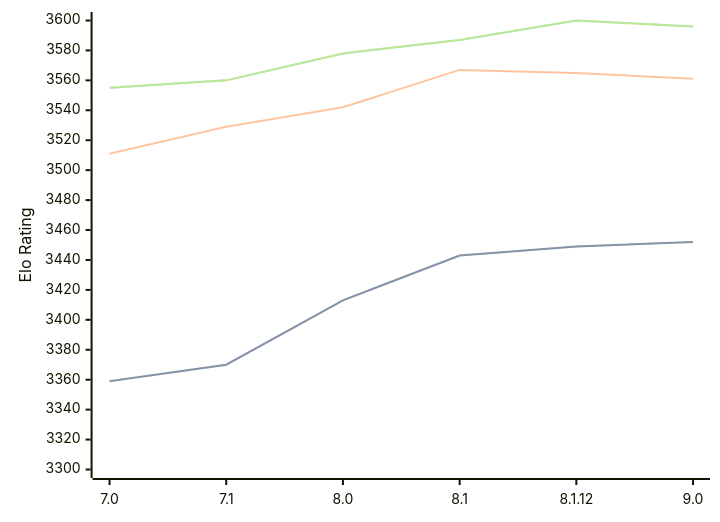
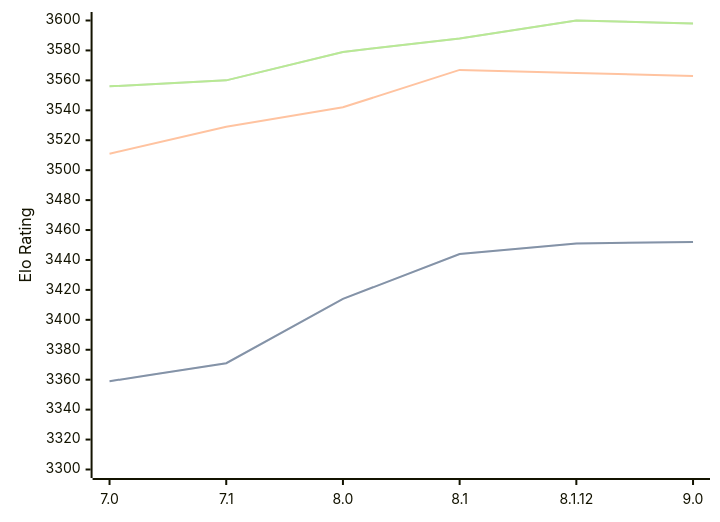
The diagram in engines/Alexandria.md (computer-chess-index/cci), drawn with Mermaid before and after one commit. The commit also changed other lines of this file, not shown here.

Commit message:
Update CCI Ratings (ELO VLTC) - 2026-04-01

````diff
--- a/engines/Alexandria.md
+++ b/engines/Alexandria.md
@@ -55,11 +55,11 @@
 ```mermaid
 %%{init: {"theme":"base","themeVariables":{"seriesColors:['#a3a3a3','#222221','#faa371']}}}%%
 xychart-beta
   x-axis ["7.0", "7.1", "8.0", "8.1", "8.1.12", "9.0"]
   y-axis "Elo Rating" 3300 --> 3600
-  line "STC (8.0+0.08s)" [3359, 3370, 3413, 3443, 3449, 3452]
-  line "STC (8.0+0.08s)" [3359, 3370, 3413, 3443, 3449, 3452]
-  line "LTC (60.0+0.60s)" [3511, 3529, 3542, 3567, 3565, 3561]
-  line "VLTC (2m24s+1.12s)" [3555, 3560, 3578, 3587, 3600, 3596]
-  line "VLTC (2m24s+1.12s)" [3555, 3560, 3578, 3587, 3600, 3596]
+  line "STC (8.0+0.08s)" [3359, 3371, 3414, 3444, 3451, 3452]
+  line "STC (8.0+0.08s)" [3359, 3371, 3414, 3444, 3451, 3452]
+  line "LTC (60.0+0.60s)" [3511, 3529, 3542, 3567, 3565, 3563]
+  line "VLTC (2m24s+1.12s)" [3556, 3560, 3579, 3588, 3600, 3598]
+  line "VLTC (2m24s+1.12s)" [3556, 3560, 3579, 3588, 3600, 3598]
 ```
````
